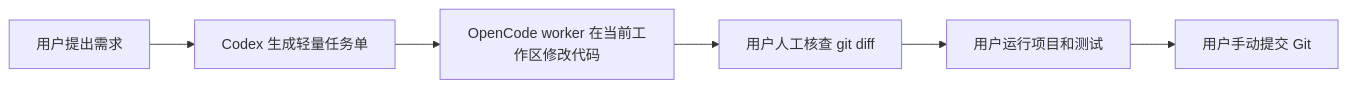
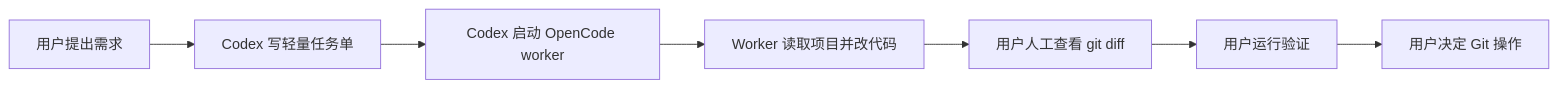
One commit to ysj98/Codex-OpenCode-Worker-Workflow changed the diagram in README.md. Above: the diagram before and after it, drawn with Mermaid. The commit also changed other lines of this file and 6 other files, not shown here.

Commit message:
feat: 确地把 Codex 定位成“低消耗调度器”，只负责写短任务单、启动 OpenCode/DeepSeek worker、报告日志，然后停下；仓库阅读、实现、后续验证和 Git 决策都不再消耗 Codex

````diff
--- a/README.md
+++ b/README.md
@@ -141,8 +90,9 @@
 ```mermaid
 flowchart LR
-  A["用户提出需求"] --> B["Codex 生成轻量任务单"]
-  B --> C["OpenCode worker 在当前工作区修改代码"]
-  C --> D["用户人工核查 git diff"]
-  D --> E["用户运行项目和测试"]
-  E --> F["用户手动提交 Git"]
+  A["用户提出需求"] --> B["Codex 写轻量任务单"]
+  B --> C["Codex 启动 OpenCode worker"]
+  C --> D["Worker 读取项目并改代码"]
+  D --> E["用户人工查看 git diff"]
+  E --> F["用户运行验证"]
+  F --> G["用户决定 Git 操作"]
 ```
````
